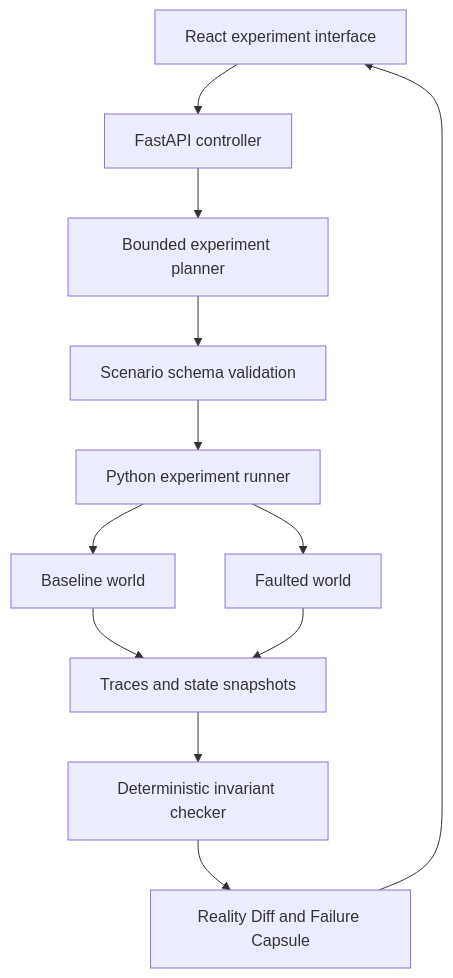
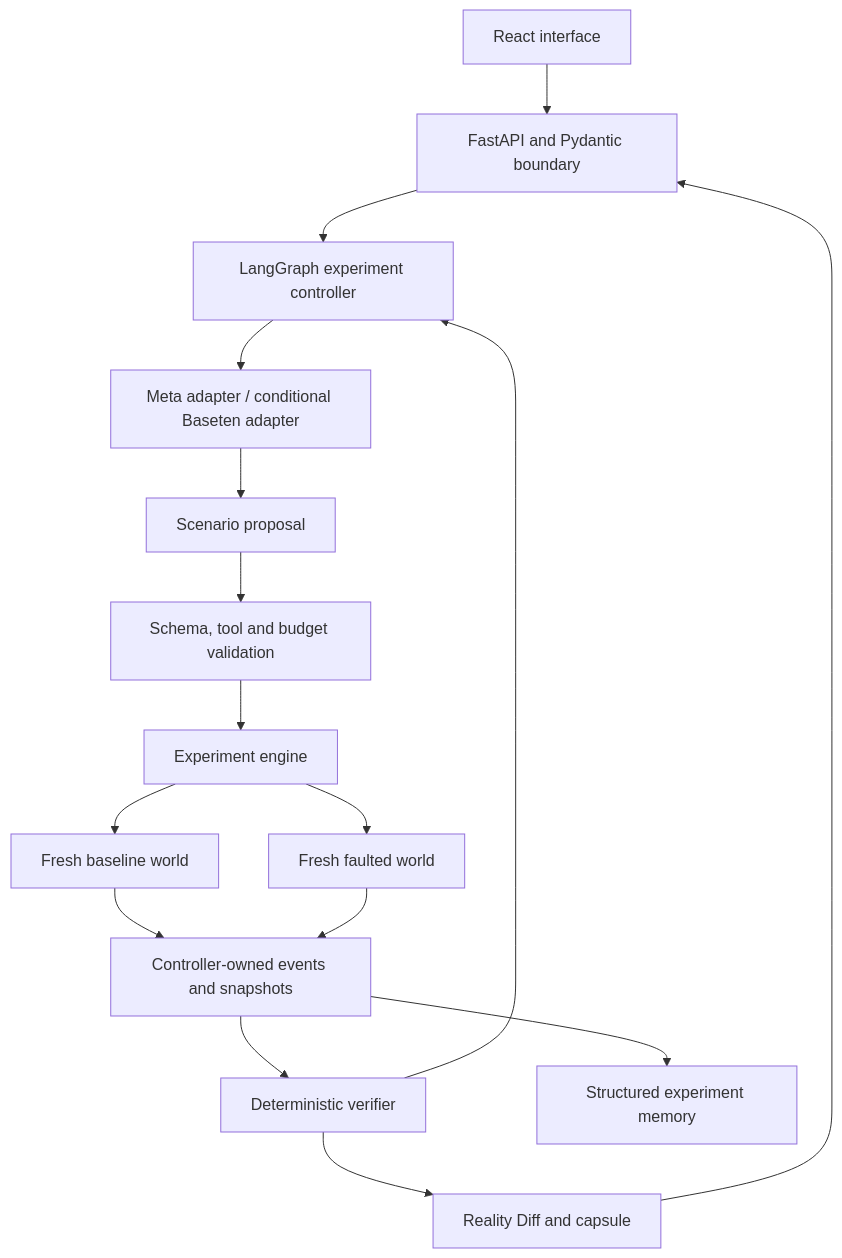
The diagram in architecture.md (GhostLab-Universe/ghostlab-universe), drawn with Mermaid before and after one commit. The commit also changed other lines of this file and 14 other files, not shown here.

Commit message:
Define GhostLab architecture and implement refund experiment core

````diff
--- a/architecture.md
+++ b/architecture.md
@@ -15,14 +30,18 @@
 ```mermaid
 flowchart TD
-    UI[React experiment interface] --> API[FastAPI controller]
-    API --> Planner[Bounded experiment planner]
-    Planner --> Validation[Scenario schema validation]
-    Validation --> Runner[Python experiment runner]
-    Runner --> Baseline[Baseline world]
-    Runner --> Fork[Faulted world]
-    Baseline --> Evidence[Traces and state snapshots]
+    UI[React interface] --> API[FastAPI and Pydantic boundary]
+    API --> Graph[LangGraph experiment controller]
+    Graph --> Model[Meta adapter / conditional Baseten adapter]
+    Model --> Proposal[Scenario proposal]
+    Proposal --> Policy[Schema, tool and budget validation]
+    Policy --> Engine[Experiment engine]
+    Engine --> Base[Fresh baseline world]
+    Engine --> Fork[Fresh faulted world]
+    Base --> Evidence[Controller-owned events and snapshots]
     Fork --> Evidence
-    Evidence --> Verifier[Deterministic invariant checker]
-    Verifier --> Diff[Reality Diff and Failure Capsule]
-    Diff --> UI
+    Evidence --> Verify[Deterministic verifier]
+    Verify --> Diff[Reality Diff and capsule]
+    Diff --> API
+    Verify --> Graph
+    Evidence --> Memory[Structured experiment memory]
 ```
````
